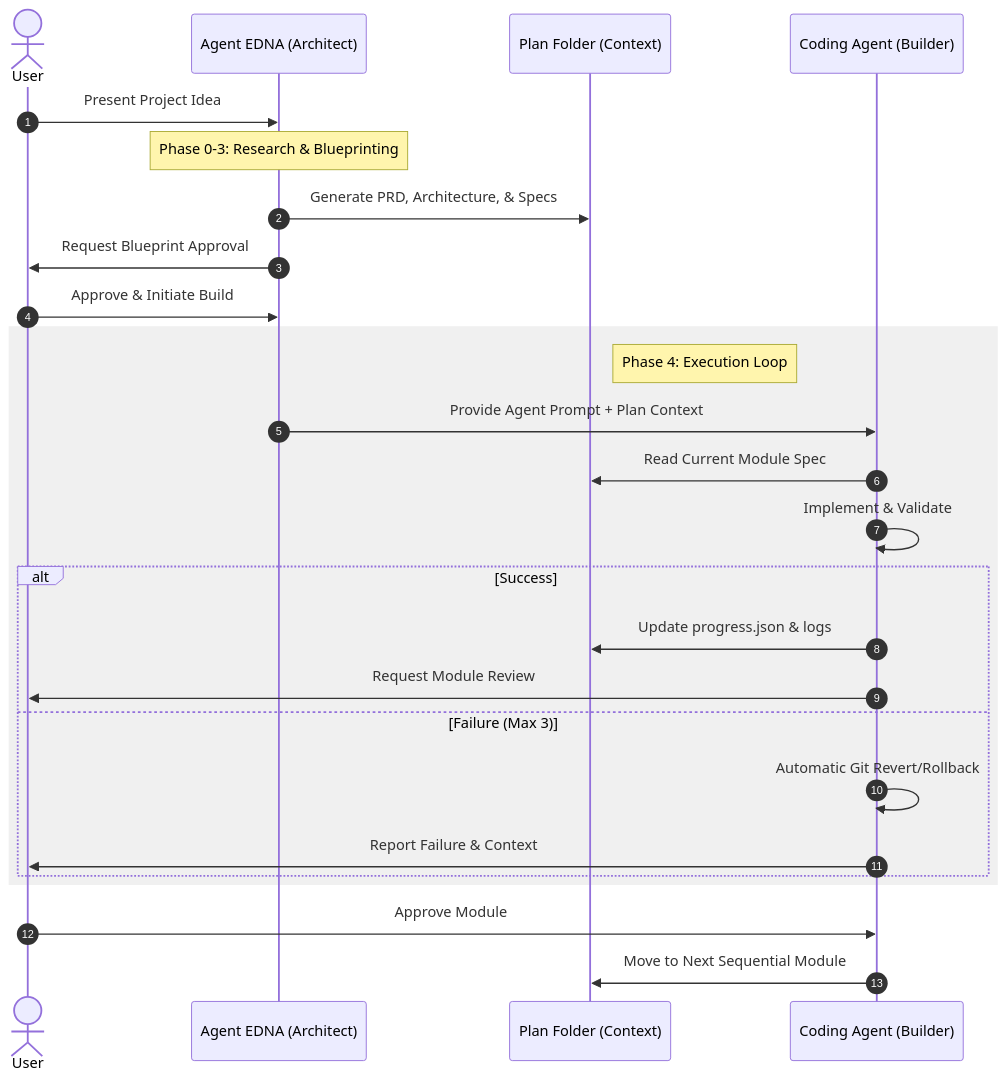
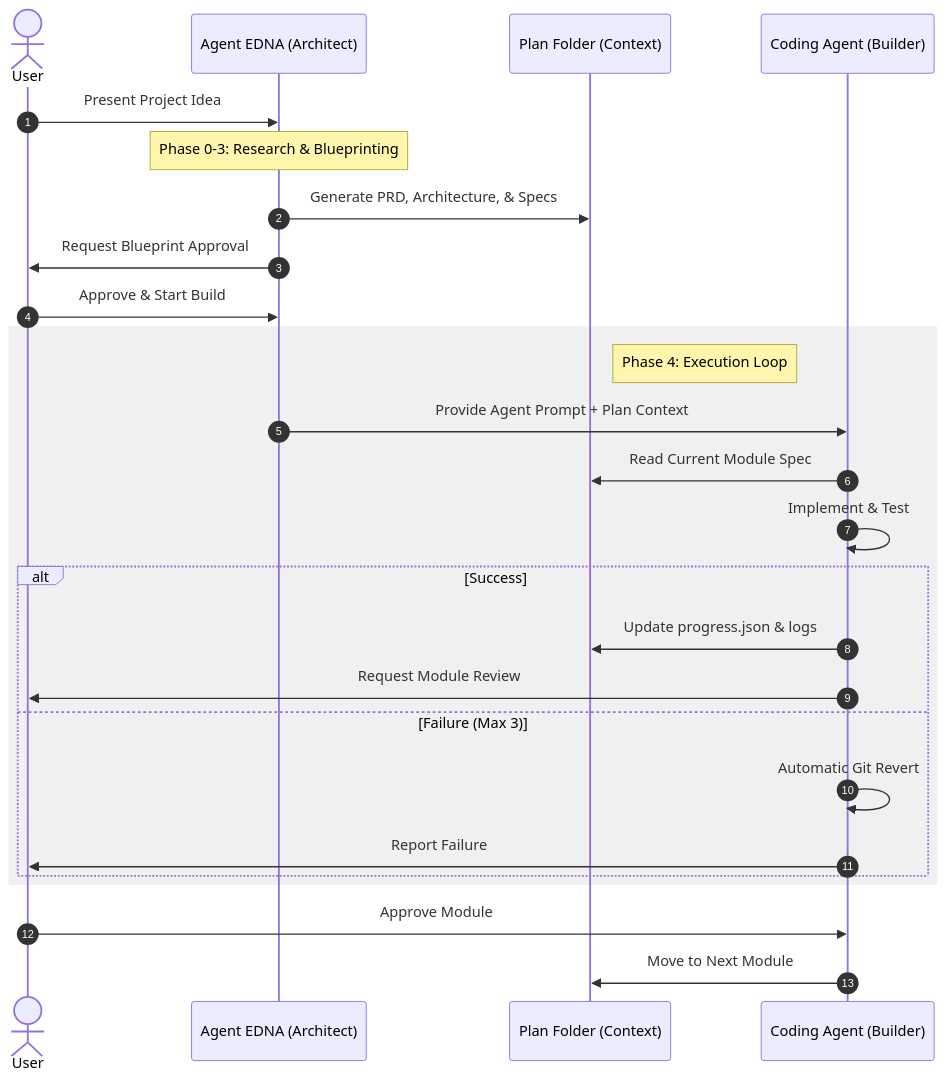
Before and after one commit to arinadi/EDNA: the diagram in how_it_works.md, drawn with Mermaid. The commit also changed other lines of this file and 1 other file, not shown here.

````diff
--- a/how_it_works.md
+++ b/how_it_works.md
@@ -36,31 +36,31 @@
 ```mermaid
 sequenceDiagram
     autonumber
     actor User
     participant EDNA as Agent EDNA (Architect)
     participant Plan as Plan Folder (Context)
     participant Coder as Coding Agent (Builder)
 
     User->>EDNA: Present Project Idea
     Note over EDNA: Phase 0-3: Research & Blueprinting
     EDNA->>Plan: Generate PRD, Architecture, & Specs
     EDNA->>User: Request Blueprint Approval
-    User->>EDNA: Approve & Initiate Build
+    User->>EDNA: Approve & Start Build
     
     rect rgb(240, 240, 240)
         Note right of Plan: Phase 4: Execution Loop
         EDNA->>Coder: Provide Agent Prompt + Plan Context
         Coder->>Plan: Read Current Module Spec
-        Coder->>Coder: Implement & Validate
+        Coder->>Coder: Implement & Test
         alt Success
             Coder->>Plan: Update progress.json & logs
             Coder->>User: Request Module Review
         else Failure (Max 3)
-            Coder->>Coder: Automatic Git Revert/Rollback
-            Coder->>User: Report Failure & Context
+            Coder->>Coder: Automatic Git Revert
+            Coder->>User: Report Failure
         end
     end
     
     User->>Coder: Approve Module
-    Coder->>Plan: Move to Next Sequential Module
+    Coder->>Plan: Move to Next Module
 ```
````
